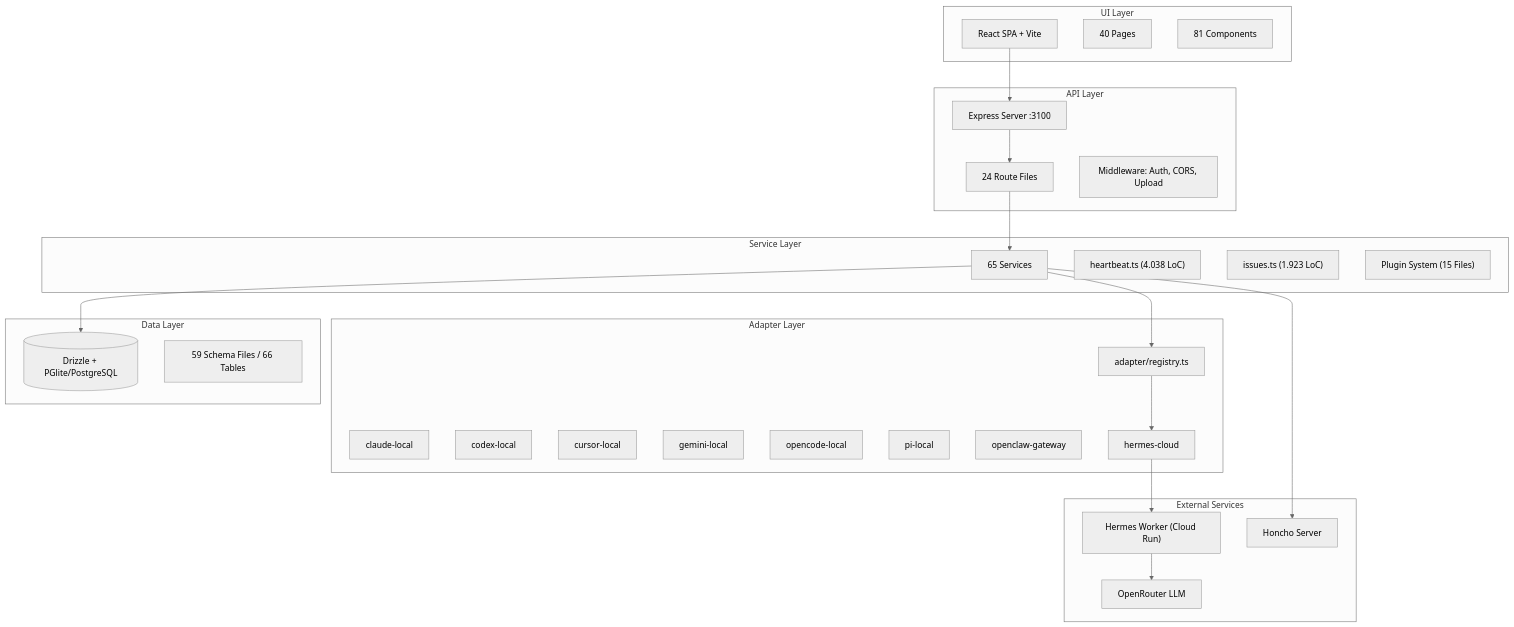
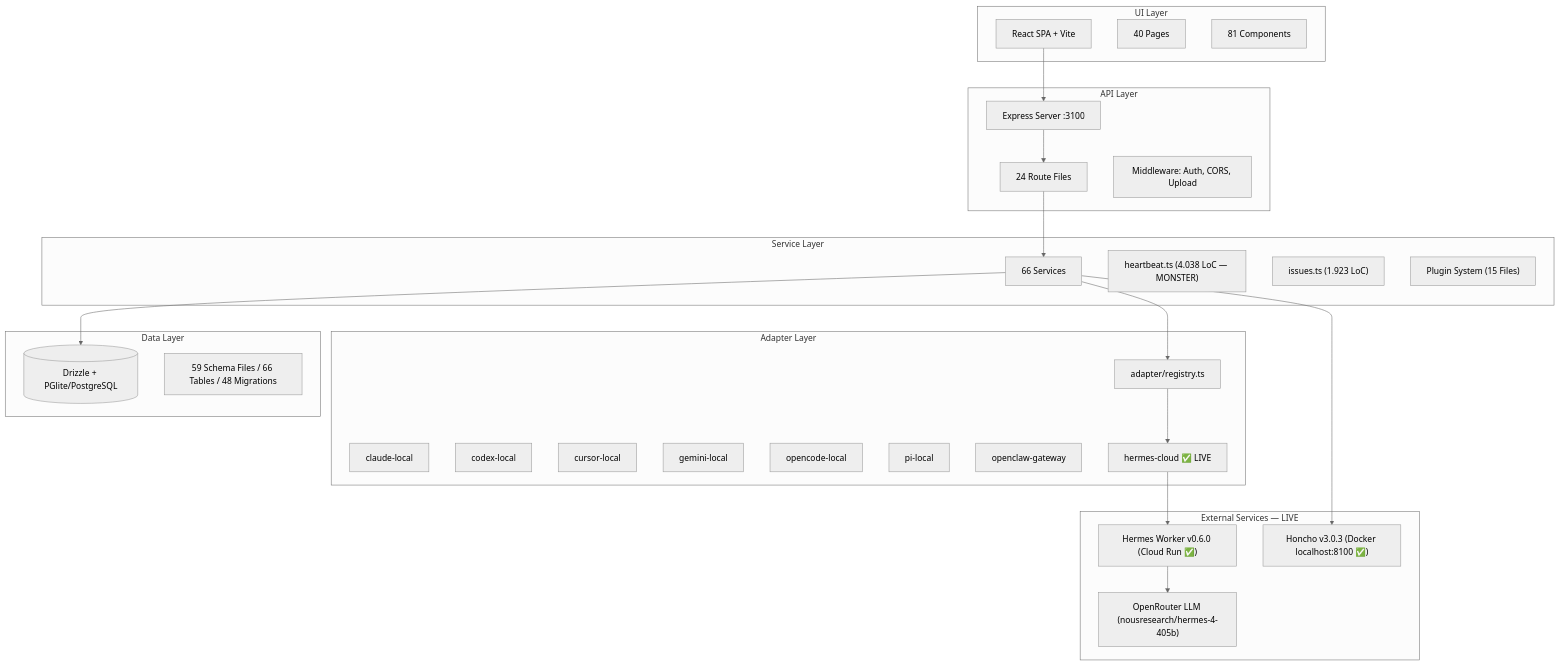
One commit to MathiasHeinke/autarch changed the first of 2 diagrams in memory-bank/ground-of-truth.md. Above: the diagram before and after it, drawn with Mermaid (neutral theme). The commit also changed other lines of this file and 3 other files, not shown here.

````diff
--- a/memory-bank/ground-of-truth.md
+++ b/memory-bank/ground-of-truth.md
@@ -54,54 +59,54 @@
 ```mermaid
 graph TB
     subgraph "UI Layer"
         UI[React SPA + Vite]
         UI_PAGES["40 Pages"]
         UI_COMP["81 Components"]
     end
 
     subgraph "API Layer"
         EXPRESS[Express Server :3100]
         ROUTES["24 Route Files"]
         MW[Middleware: Auth, CORS, Upload]
     end
 
     subgraph "Service Layer"
-        SVC["65 Services"]
-        HB["heartbeat.ts (4.038 LoC)"]
+        SVC["66 Services"]
+        HB["heartbeat.ts (4.038 LoC — MONSTER)"]
         ISSUES["issues.ts (1.923 LoC)"]
         PLUGINS["Plugin System (15 Files)"]
     end
 
     subgraph "Adapter Layer"
         REG[adapter/registry.ts]
         CLAUDE[claude-local]
         CODEX[codex-local]
         CURSOR[cursor-local]
         GEMINI[gemini-local]
         OPENCODE[opencode-local]
         PI[pi-local]
         OPENCLAW[openclaw-gateway]
-        HERMES[hermes-cloud]
+        HERMES[hermes-cloud ✅ LIVE]
     end
 
     subgraph "Data Layer"
         DB[(Drizzle + PGlite/PostgreSQL)]
-        SCHEMA["59 Schema Files / 66 Tables"]
+        SCHEMA["59 Schema Files / 66 Tables / 48 Migrations"]
     end
 
-    subgraph "External Services"
-        WORKER["Hermes Worker (Cloud Run)"]
-        HONCHO["Honcho Server"]
-        OPENROUTER["OpenRouter LLM"]
+    subgraph "External Services — LIVE"
+        WORKER["Hermes Worker v0.6.0 (Cloud Run ✅)"]
+        HONCHO["Honcho v3.0.3 (Docker localhost:8100 ✅)"]
+        OPENROUTER["OpenRouter LLM (nousresearch/hermes-4-405b)"]
     end
 
     UI --> EXPRESS
     EXPRESS --> ROUTES
     ROUTES --> SVC
     SVC --> DB
     SVC --> REG
     REG --> HERMES
     HERMES --> WORKER
     WORKER --> OPENROUTER
     SVC --> HONCHO
 ```
````
